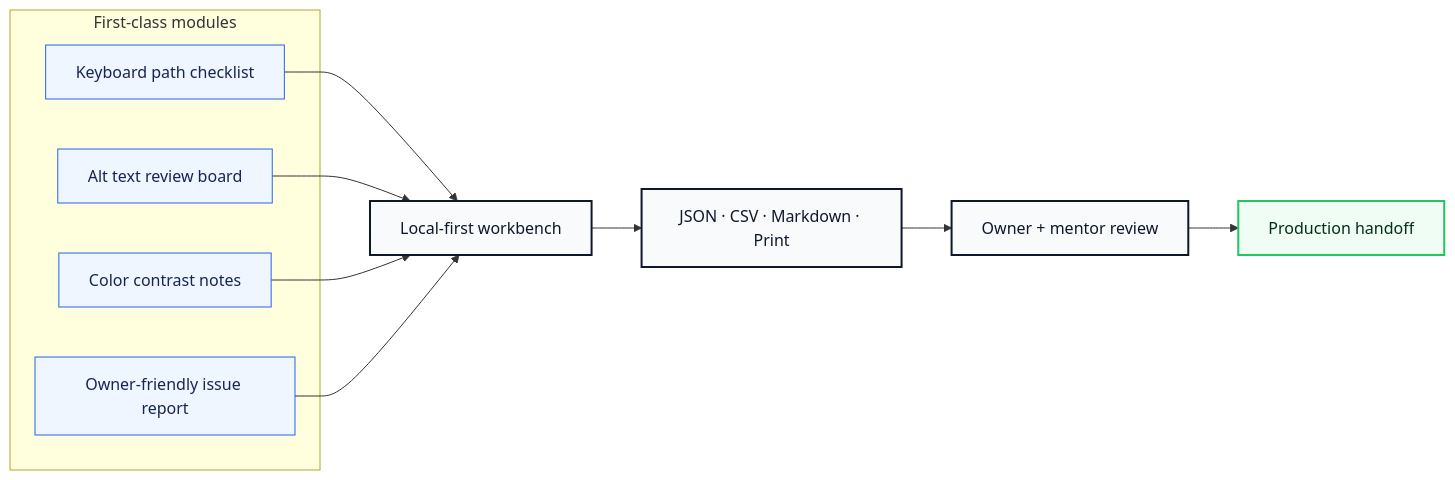
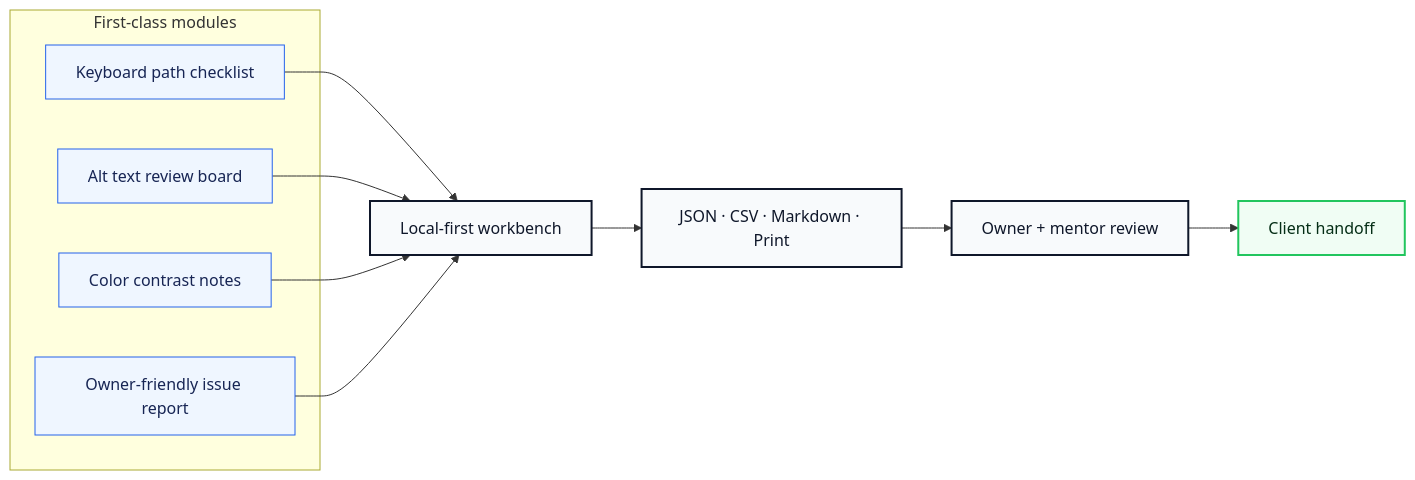
The second of 3 diagrams in README.md (volta-npo/accessibility-quickscan), drawn with Mermaid before and after one commit. The commit also changed other lines of this file and 28 other files, not shown here.

````diff
--- a/README.md
+++ b/README.md
@@ -64,23 +64,23 @@
 ```mermaid
 flowchart LR
     subgraph Modules["First-class modules"]
         M1["Keyboard path checklist"]
         M2["Alt text review board"]
         M3["Color contrast notes"]
         M4["Owner-friendly issue report"]
     end
     M1 --> Workbench
     M2 --> Workbench
     M3 --> Workbench
     M4 --> Workbench
     Workbench["Local-first workbench"] --> Exports["JSON · CSV · Markdown · Print"]
     Exports --> Review["Owner + mentor review"]
-    Review --> Launch["Production handoff"]
+    Review --> Launch["Client handoff"]
 
     classDef module fill:#eff6ff,stroke:#2563eb,color:#172554;
     classDef app fill:#f8fafc,stroke:#0f172a,color:#0f172a,stroke-width:2px;
     classDef launch fill:#f0fdf4,stroke:#22c55e,color:#052e16,stroke-width:2px;
     class M1,M2,M3,M4 module;
     class Workbench,Exports,Review app;
     class Launch launch;
 ```
````
